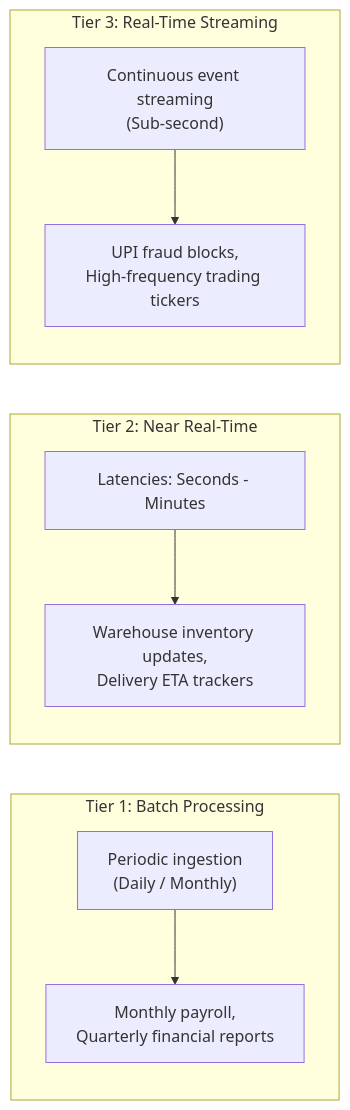
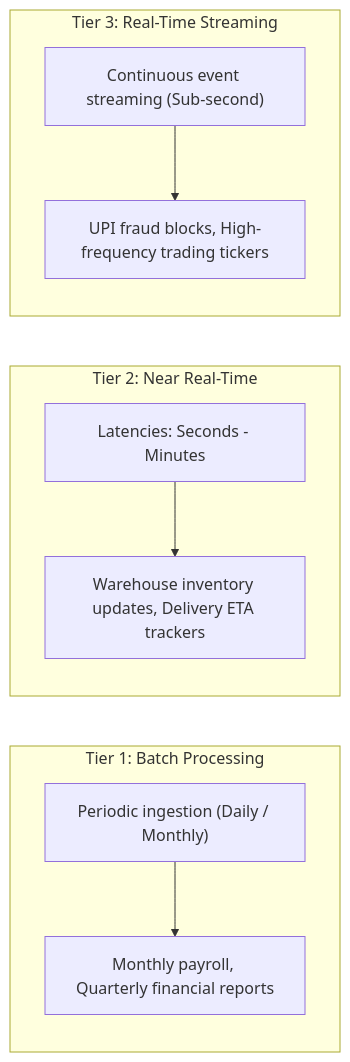
One commit to DeepLumiere/DeepSkills changed the third of 8 diagrams in notes/data_analysis/Chapter9_Features_of_Business_Data.md. Above: the diagram before and after it, drawn with Mermaid. The commit also changed other lines of this file and 56 other files, not shown here.

````diff
--- a/notes/data_analysis/Chapter9_Features_of_Business_Data.md
+++ b/notes/data_analysis/Chapter9_Features_of_Business_Data.md
@@ -65,12 +65,12 @@
 ```mermaid
 flowchart LR
-    subgraph BatchTier["Tier 1: Batch Processing"]
-        B1["Periodic ingestion<br/>(Daily / Monthly)"] --> B2["Monthly payroll,<br/>Quarterly financial reports"]
+    subgraph BatchTier ["Tier 1: Batch Processing"]
+        B1["Periodic ingestion (Daily / Monthly)"] --> B2["Monthly payroll, Quarterly financial reports"]
     end
-    subgraph MicroBatchTier["Tier 2: Near Real-Time"]
-        N1["Latencies: Seconds - Minutes"] --> N2["Warehouse inventory updates,<br/>Delivery ETA trackers"]
+    subgraph MicroBatchTier ["Tier 2: Near Real-Time"]
+        N1["Latencies: Seconds - Minutes"] --> N2["Warehouse inventory updates, Delivery ETA trackers"]
     end
-    subgraph StreamTier["Tier 3: Real-Time Streaming"]
-        S1["Continuous event streaming<br/>(Sub-second)"] --> S2["UPI fraud blocks,<br/>High-frequency trading tickers"]
+    subgraph StreamTier ["Tier 3: Real-Time Streaming"]
+        S1["Continuous event streaming (Sub-second)"] --> S2["UPI fraud blocks, High-frequency trading tickers"]
     end
 ```
````
